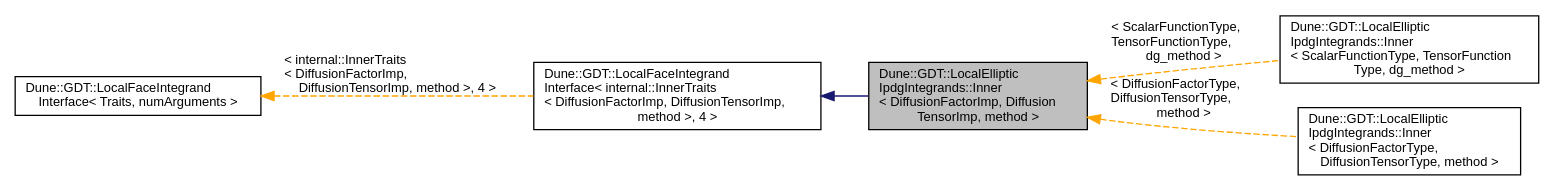
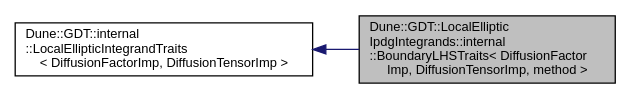
The diagram in docs/dune-gdt/''/a01363.dot (dune-community/dune-community.github.io), drawn with Graphviz before and after one commit. The commit also changed 2442 other files, not shown here.

Commit message:
Updated documentation for dune-gdt ''

```diff
--- a/docs/dune-gdt/''/a01363.dot
+++ b/docs/dune-gdt/''/a01363.dot
@@ -1,15 +1,9 @@
-digraph "Dune::GDT::LocalEllipticIpdgIntegrands::Inner&lt; DiffusionFactorImp, DiffusionTensorImp, method &gt;"
+digraph "Dune::GDT::LocalEllipticIpdgIntegrands::internal::BoundaryLHSTraits&lt; DiffusionFactorImp, DiffusionTensorImp, method &gt;"
 {
   edge [fontname="Helvetica",fontsize="10",labelfontname="Helvetica",labelfontsize="10"];
   node [fontname="Helvetica",fontsize="10",shape=record];
   rankdir="LR";
-  Node0 [label="Dune::GDT::LocalElliptic\lIpdgIntegrands::Inner\l\< DiffusionFactorImp, Diffusion\lTensorImp, method \>",height=0.2,width=0.4,color="black", fillcolor="grey75", style="filled", fontcolor="black"];
+  Node0 [label="Dune::GDT::LocalElliptic\lIpdgIntegrands::internal\l::BoundaryLHSTraits\< DiffusionFactor\lImp, DiffusionTensorImp, method \>",height=0.2,width=0.4,color="black", fillcolor="grey75", style="filled", fontcolor="black"];
   Node1 -> Node0 [dir="back",color="midnightblue",fontsize="10",style="solid",fontname="Helvetica"];
-  Node1 [label="Dune::GDT::LocalFaceIntegrand\lInterface\< internal::InnerTraits\l\< DiffusionFactorImp, DiffusionTensorImp,\l method \>, 4 \>",height=0.2,width=0.4,color="black", fillcolor="white", style="filled",URL="$a01548.html"];
-  Node2 -> Node1 [dir="back",color="orange",fontsize="10",style="dashed",label=" \< internal::InnerTraits\l\< DiffusionFactorImp,\l DiffusionTensorImp, method \>, 4 \>" ,fontname="Helvetica"];
-  Node2 [label="Dune::GDT::LocalFaceIntegrand\lInterface\< Traits, numArguments \>",height=0.2,width=0.4,color="black", fillcolor="white", style="filled",URL="$a01548.html",tooltip="Interface for local evaluations that depend on an intersection. "];
-  Node0 -> Node3 [dir="back",color="orange",fontsize="10",style="dashed",label=" \< ScalarFunctionType,\l TensorFunctionType,\l dg_method \>" ,fontname="Helvetica"];
-  Node3 [label="Dune::GDT::LocalElliptic\lIpdgIntegrands::Inner\l\< ScalarFunctionType, TensorFunction\lType, dg_method \>",height=0.2,width=0.4,color="black", fillcolor="white", style="filled",URL="$a01364.html"];
-  Node0 -> Node4 [dir="back",color="orange",fontsize="10",style="dashed",label=" \< DiffusionFactorType,\l DiffusionTensorType,\l method \>" ,fontname="Helvetica"];
-  Node4 [label="Dune::GDT::LocalElliptic\lIpdgIntegrands::Inner\l\< DiffusionFactorType,\l DiffusionTensorType, method \>",height=0.2,width=0.4,color="black", fillcolor="white", style="filled",URL="$a01364.html"];
+  Node1 [label="Dune::GDT::internal\l::LocalEllipticIntegrandTraits\l\< DiffusionFactorImp, DiffusionTensorImp \>",height=0.2,width=0.4,color="black", fillcolor="white", style="filled",URL="$a01460.html",tooltip="Traits for the Elliptic evaluation (variant for given diffusion factor and tensor). "];
 }
```
